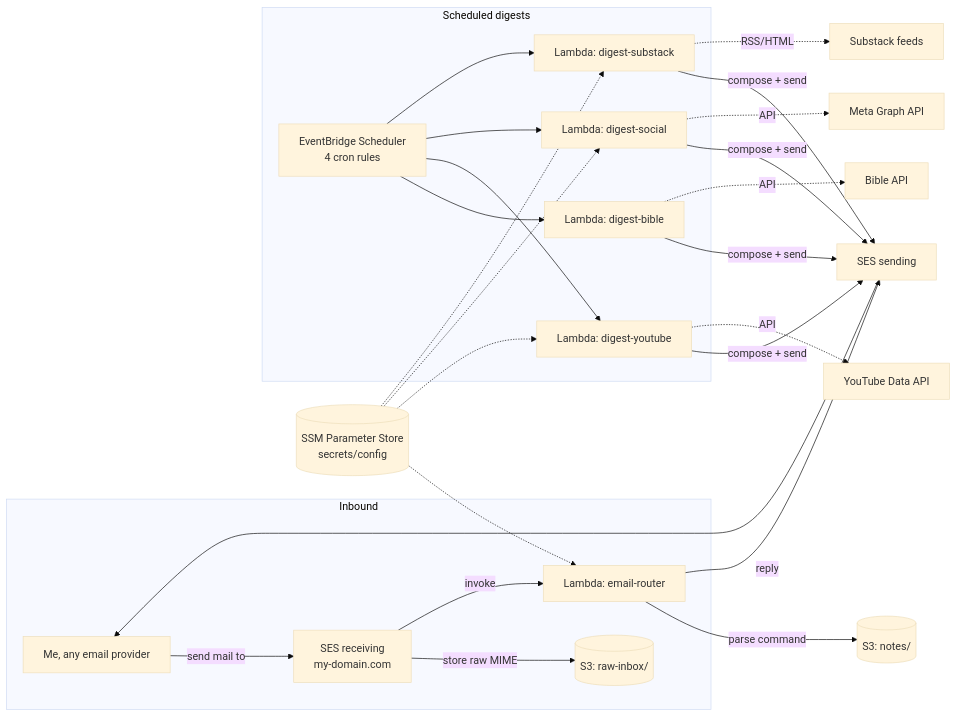
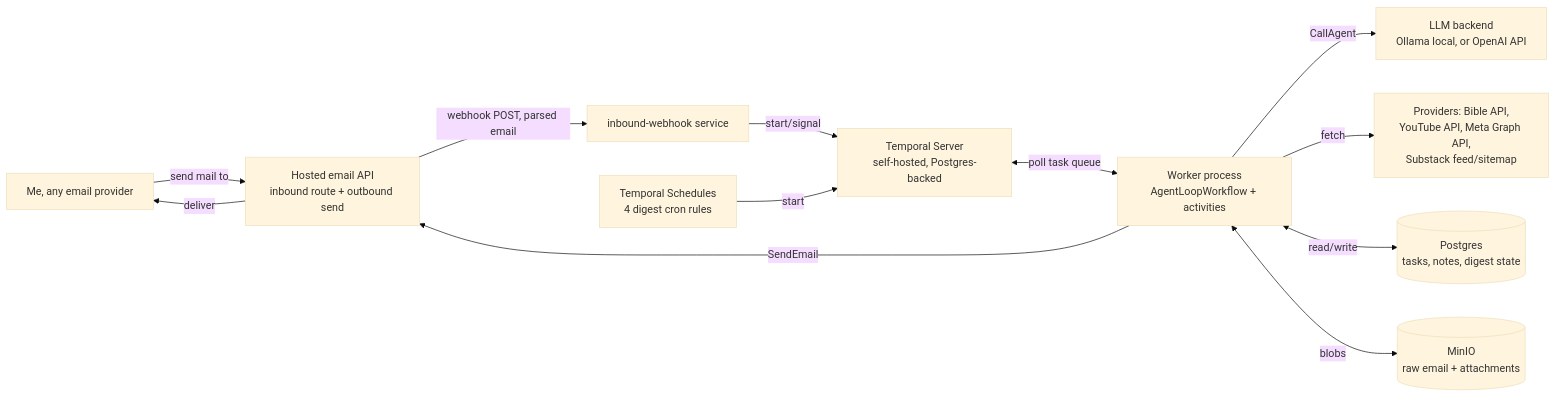
The diagram in DESIGN.md (solomonxie/super-email), drawn with Mermaid (base theme) before and after one commit. The commit also changed other lines of this file and 2 other files, not shown here.

First line of the commit message:
Redesign: self-hosted Temporal agent loop instead of AWS serverless

````diff
--- a/DESIGN.md
+++ b/DESIGN.md
@@ -25,29 +27,18 @@
 ```mermaid
 flowchart LR
-    subgraph Inbound
-        ME[Me, any email provider] -->|send mail to| SESrx[SES receiving\nmy-domain.com]
-        SESrx -->|store raw MIME| S3raw[(S3: raw-inbox/)]
-        SESrx -->|invoke| Router[Lambda: email-router]
-    end
+    ME[Me, any email provider] -->|send mail to| Provider[Hosted email API\ninbound route + outbound send]
+    Provider -->|webhook POST, parsed email| Hook[inbound-webhook service]
+    Hook -->|start/signal| Temporal[Temporal Server\nself-hosted, Postgres-backed]
 
-    Router -->|parse command| Store[(S3: notes/)]
-    Router -->|reply| SEStx[SES sending]
-    SEStx --> ME
+    Cron[Temporal Schedules\n4 digest cron rules] -->|start| Temporal
 
-    subgraph Scheduled digests
-        EB[EventBridge Scheduler\n4 cron rules] --> DBible[Lambda: digest-bible]
-        EB --> DYT[Lambda: digest-youtube]
-        EB --> DSocial[Lambda: digest-social]
-        EB --> DSub[Lambda: digest-substack]
-    end
-    DBible & DYT & DSocial & DSub -->|compose + send| SEStx
-    DYT -.->|API| YT[YouTube Data API]
-    DSocial -.->|API| Meta[Meta Graph API]
-    DSub -.->|RSS/HTML| Substack[Substack feeds]
-    DBible -.->|API| BibleAPI[Bible API]
+    Temporal <-->|poll task queue| Worker[Worker process\nAgentLoopWorkflow + activities]
 
-    SSM[(SSM Parameter Store\nsecrets/config)] -.-> Router
-    SSM -.-> DYT
-    SSM -.-> DSocial
-    SSM -.-> DSub
+    Worker -->|CallAgent| LLM[LLM backend\nOllama local, or OpenAI API]
+    Worker -->|SendEmail| Provider
+    Provider -->|deliver| ME
+
+    Worker -->|fetch| Sources[Providers: Bible API,\nYouTube API, Meta Graph API,\nSubstack feed/sitemap]
+    Worker <-->|read/write| PG[(Postgres\ntasks, notes, digest state)]
+    Worker <-->|blobs| Minio[(MinIO\nraw email + attachments)]
 ```
````
